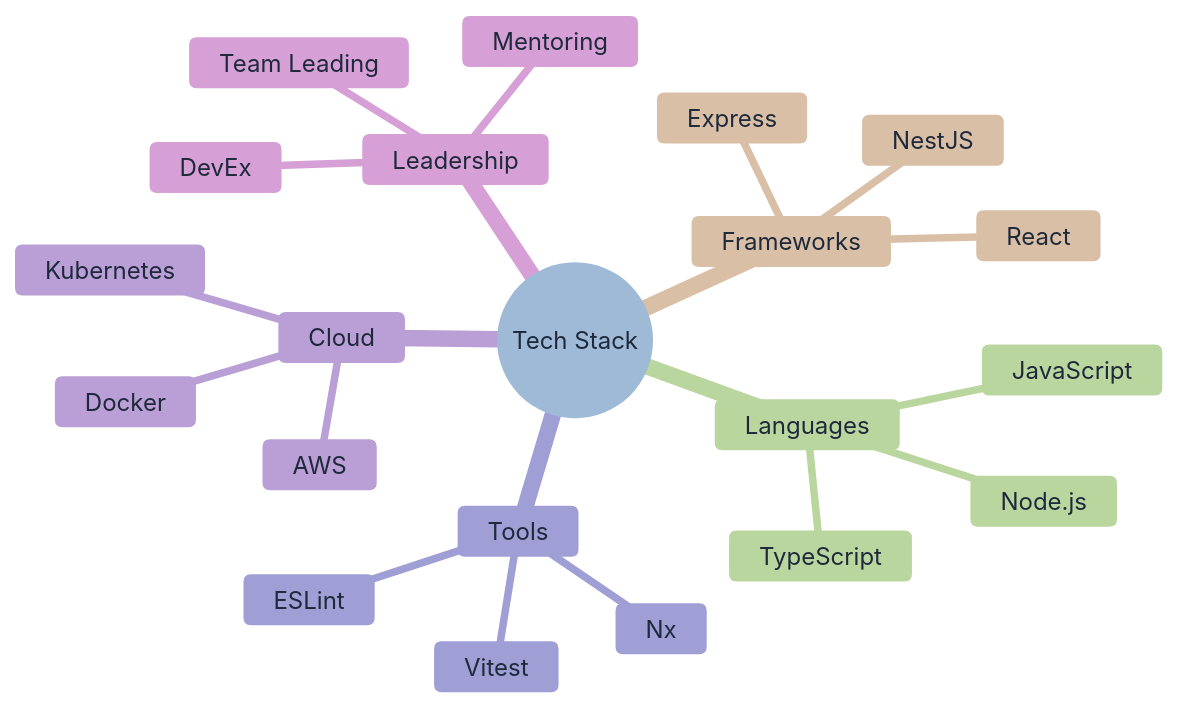
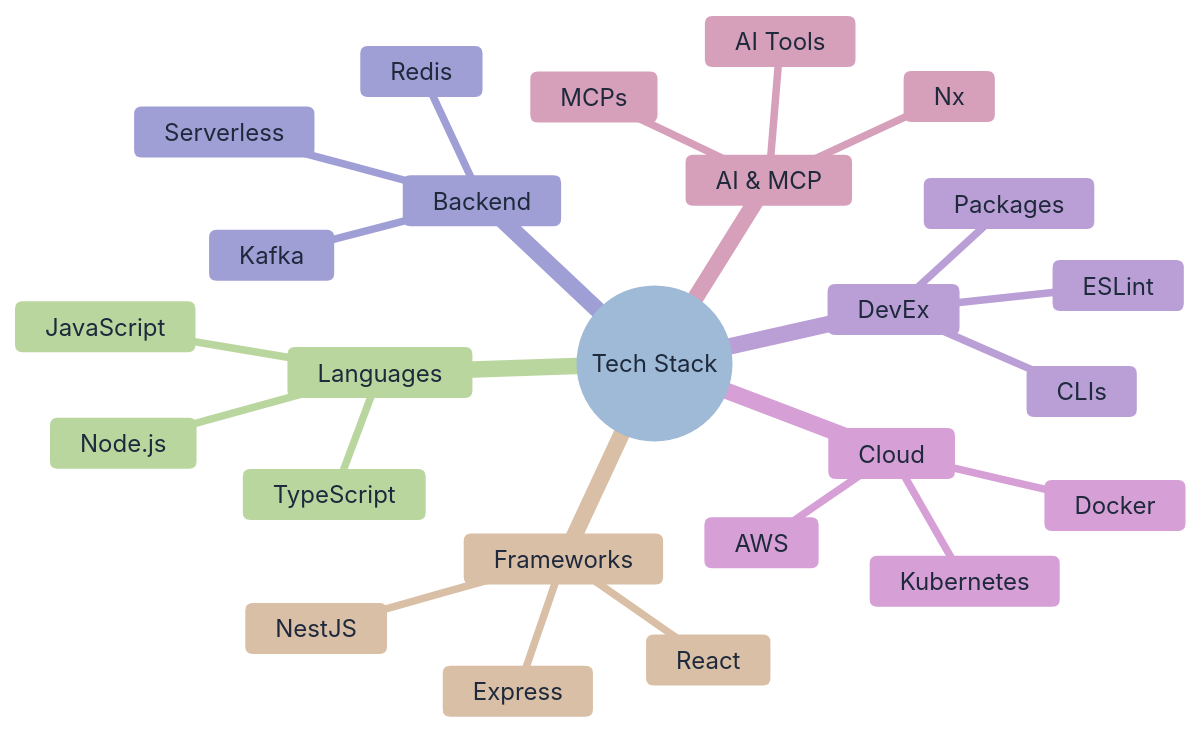
One commit to ofri-peretz/ofri-peretz changed the diagram in README.md. Above: the diagram before and after it, drawn with Mermaid. The commit also changed other lines of this file, not shown here.

Commit message:
Update tech stack diagram and replace formal skills with authentic values
- Add serverless, Kafka, Redis, AI Tools, MCPs to tech stack diagram
- Reorganize diagram with Backend, DevEx, and AI & MCP categories
- Replace formal 'Key Skills & Specializations' with authentic 'What Makes Me Tick' section
- Focus on personal passion for solving problems and building cultures

````diff
--- a/README.md
+++ b/README.md
@@ -33,33 +33,37 @@
 ```mermaid
 %%{init: {
   'theme': 'base',
   'themeVariables': {
     'primaryColor': '#f8fafc',
     'primaryTextColor': '#1e293b',
     'primaryBorderColor': '#334155',
     'lineColor': '#475569'
   }
 }}%%
 mindmap
   root((Tech Stack))
     Languages
       TypeScript
       JavaScript
       Node.js
     Frameworks
       React
       Express
       NestJS
-    Tools
+    Backend
+      Kafka
+      Redis
+      Serverless
+    DevEx
       ESLint
-      Nx
-      Vitest
+      Packages
+      CLIs
     Cloud
       AWS
       Docker
       Kubernetes
-    Leadership
-      Team Leading
-      Mentoring
-      DevEx
+    AI & MCP
+      AI Tools
+      MCPs
+      Nx
 ```
````
